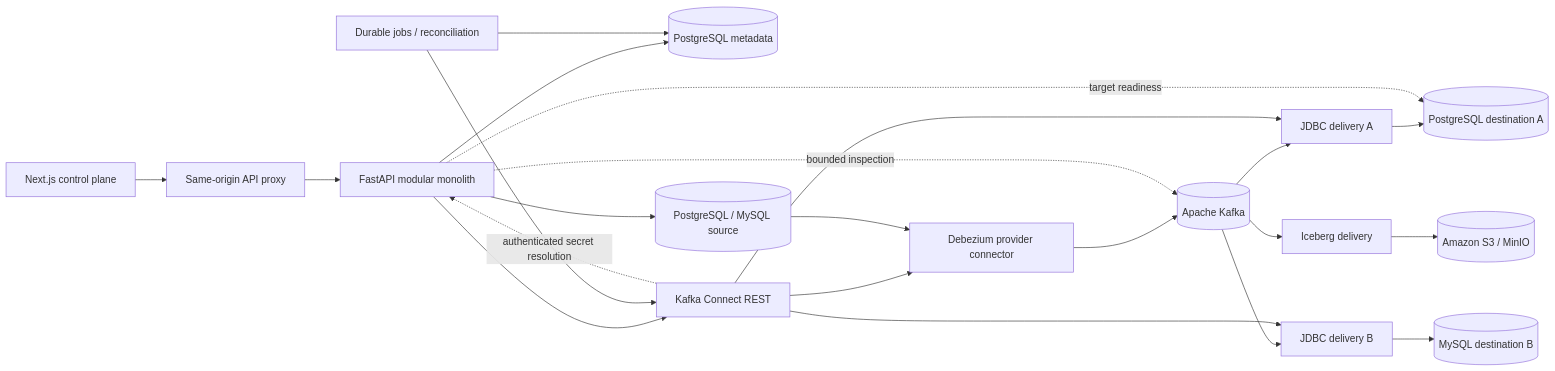
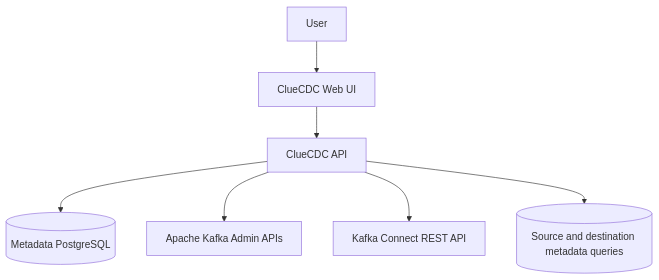
Before and after one commit to cluedata/cluecdc: the first of 3 diagrams in docs/architecture/overview.md, drawn with Mermaid. The commit also changed other lines of this file and 81 other files, not shown here.

````diff
--- a/docs/architecture/overview.md
+++ b/docs/architecture/overview.md
@@ -3,21 +9,17 @@
 ```mermaid
-flowchart LR
-  UI[Next.js control plane] --> Proxy[Same-origin API proxy]
-  Proxy --> API[FastAPI modular monolith]
-  API --> DB[(PostgreSQL metadata)]
-  API --> Connect[Kafka Connect REST]
-  API --> Source[(PostgreSQL / MySQL source)]
-  Connect --> Capture[Debezium provider connector]
-  Source --> Capture --> Kafka[(Apache Kafka)]
-  Kafka --> SinkA[JDBC delivery A] --> TargetA[(PostgreSQL destination A)]
-  Kafka --> SinkB[JDBC delivery B] --> TargetB[(MySQL destination B)]
-  Kafka --> Iceberg[Iceberg delivery]
-  Iceberg --> Storage[(Amazon S3 / MinIO)]
-  Connect --> SinkA
-  Connect --> SinkB
-  API -. target readiness .-> TargetA
-  API -. bounded inspection .-> Kafka
-  Connect -. authenticated secret resolution .-> API
-  Worker[Durable jobs / reconciliation] --> DB
-  Worker --> Connect
+flowchart TB
+    User[User]
+    UI[ClueCDC Web UI]
+    API[ClueCDC API]
+    DB[(Metadata PostgreSQL)]
+    Kafka[Apache Kafka Admin APIs]
+    Connect[Kafka Connect REST API]
+    Sources[(Source and destination metadata queries)]
+
+    User --> UI
+    UI --> API
+    API --> DB
+    API --> Kafka
+    API --> Connect
+    API --> Sources
 ```
````
